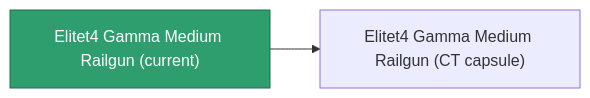
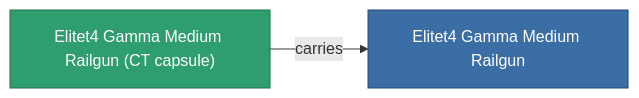
One commit to OpenPerpetuum/Wiki changed the diagram in content/content/items/elitet4_gamma_medium_railgun.md. Above: the diagram before and after it, drawn with Mermaid. The commit also changed other lines of this file and 2015 other files, not shown here.

````diff
--- a/content/content/items/elitet4_gamma_medium_railgun.md
+++ b/content/content/items/elitet4_gamma_medium_railgun.md
@@ -39,8 +39,9 @@
 ```mermaid
 graph LR
-    a["Elitet4 Gamma Medium Railgun (current)"]:::current
-    b["Elitet4 Gamma Medium Railgun (CT capsule)"]
-    a --> b
-    click b "/content/items/elitet4-gamma-medium-railgun-ct-capsule/" "Elitet4 Gamma Medium Railgun (CT capsule)"
+    a["Elitet4 Gamma Medium Railgun (CT capsule)"]:::current
+    b["Elitet4 Gamma Medium Railgun"]:::finished
+    a -->|carries| b
+                click b "/content/items/elitet4-gamma-medium-railgun/" "Elitet4 Gamma Medium Railgun"
     classDef current fill:#2f9e6f,stroke:#1f6f4a,color:#ffffff
+    classDef finished fill:#3b6ea5,stroke:#274a75,color:#ffffff
 ```
````
